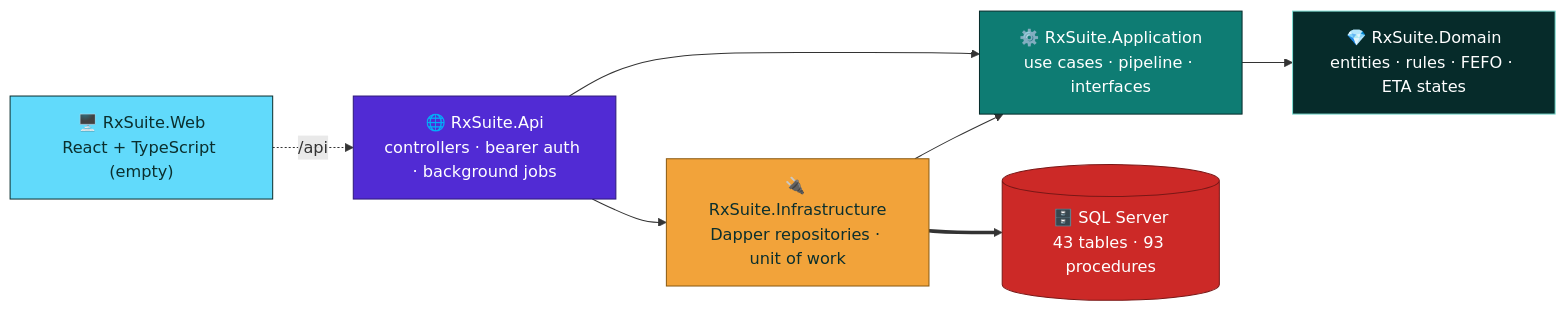
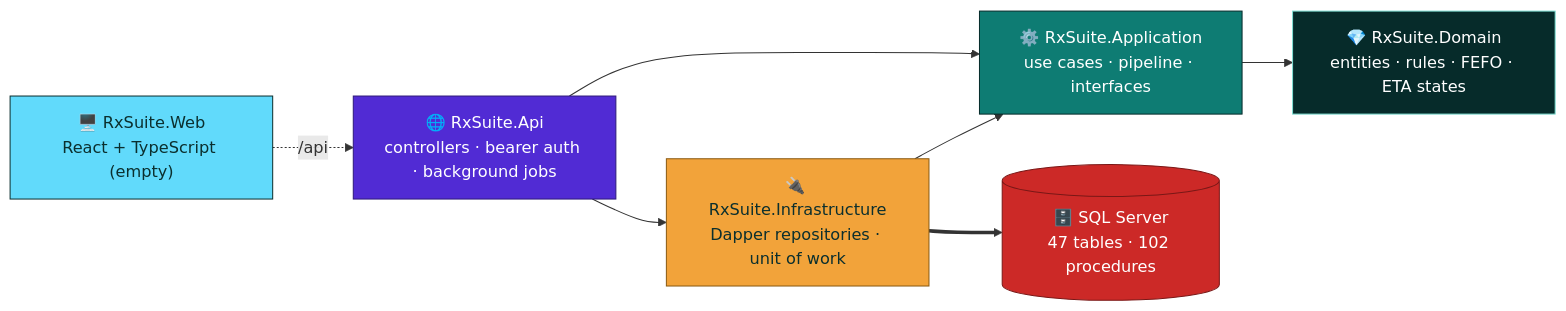
The first of 6 diagrams in README.md (Mohamed123098/RxSuite-Pharmacy-ERP-System-), drawn with Mermaid before and after one commit. The commit also changed other lines of this file and 19 other files, not shown here.

````diff
--- a/README.md
+++ b/README.md
@@ -72,23 +74,23 @@
 ```mermaid
 flowchart LR
     WEB["🖥️ RxSuite.Web<br/>React + TypeScript (empty)"]:::web
     API["🌐 RxSuite.Api<br/>controllers · bearer auth · background jobs"]:::api
     INF["🔌 RxSuite.Infrastructure<br/>Dapper repositories · unit of work"]:::infra
     APP["⚙️ RxSuite.Application<br/>use cases · pipeline · interfaces"]:::app
     DOM["💎 RxSuite.Domain<br/>entities · rules · FEFO · ETA states"]:::domain
-    DB[("🗄️ SQL Server<br/>43 tables · 93 procedures")]:::db
+    DB[("🗄️ SQL Server<br/>47 tables · 102 procedures")]:::db
 
     WEB -. "/api" .-> API
     API --> INF
     API --> APP
     INF --> APP
     APP --> DOM
     INF ==> DB
 
     classDef web fill:#61DAFB,stroke:#0B2F2E,color:#0B2F2E
     classDef api fill:#512BD4,stroke:#2E1A7A,color:#FFFFFF
     classDef infra fill:#F2A33A,stroke:#8A5A12,color:#0B2F2E
     classDef app fill:#0E7C73,stroke:#062B2A,color:#FFFFFF
     classDef domain fill:#062B2A,stroke:#7FE0D4,color:#FFFFFF
     classDef db fill:#CC2927,stroke:#7A1716,color:#FFFFFF
 ```
````
